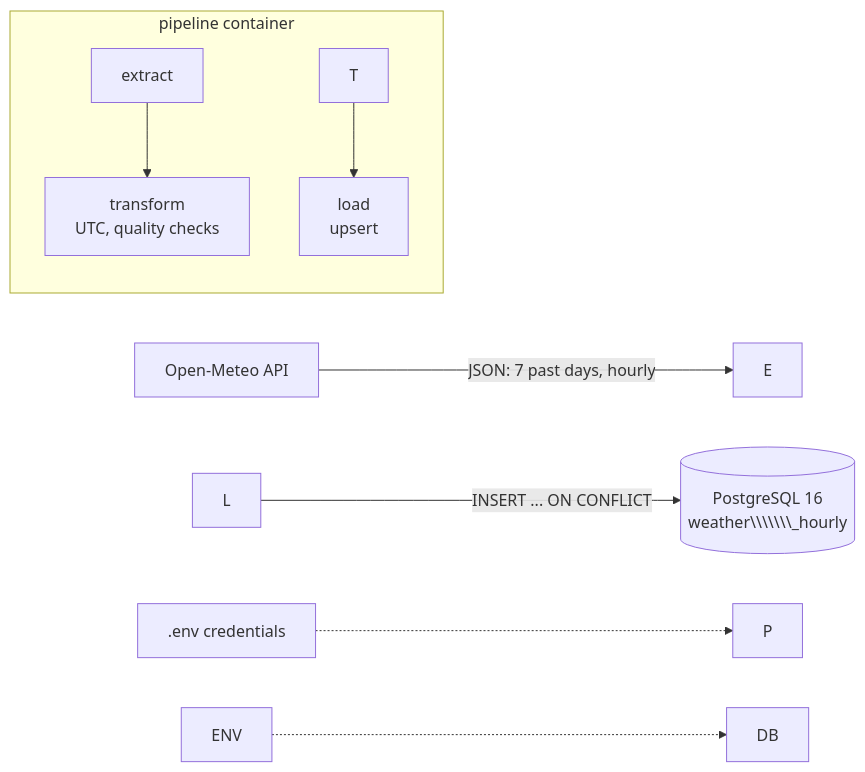
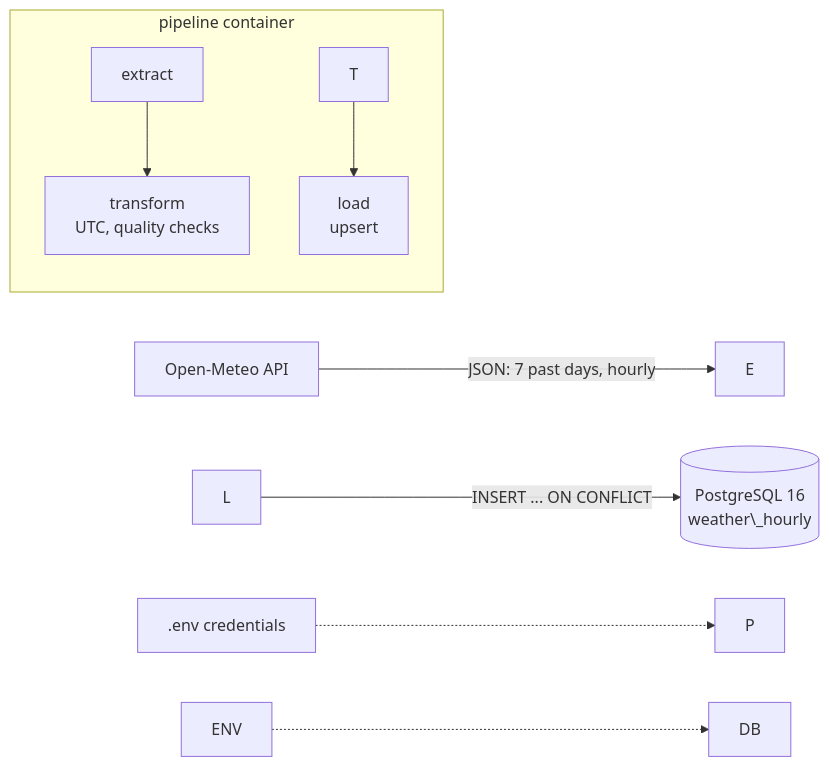
Before and after one commit to grithubber8/weather-data-pipeline: the diagram in README.md, drawn with Mermaid. The commit also changed other lines of this file, not shown here.

````diff
--- a/README.md
+++ b/README.md
@@ -18,13 +17,13 @@
 ```mermaid
 flowchart LR
-    API\\\\\\\[Open-Meteo API] -->|JSON: 7 past days, hourly| E
+    API\[Open-Meteo API] -->|JSON: 7 past days, hourly| E
 
-    subgraph P\\\\\\\[pipeline container]
-        E\\\\\\\[extract] --> T\\\\\\\[transform<br/>UTC, quality checks]
-        T --> L\\\\\\\[load<br/>upsert]
+    subgraph P\[pipeline container]
+        E\[extract] --> T\[transform<br/>UTC, quality checks]
+        T --> L\[load<br/>upsert]
     end
 
-    L -->|INSERT ... ON CONFLICT| DB\\\\\\\[(PostgreSQL 16<br/>weather\\\\\\\_hourly)]
-    ENV\\\\\\\[.env credentials] -.-> P
+    L -->|INSERT ... ON CONFLICT| DB\[(PostgreSQL 16<br/>weather\_hourly)]
+    ENV\[.env credentials] -.-> P
     ENV -.-> DB
 ```
````
